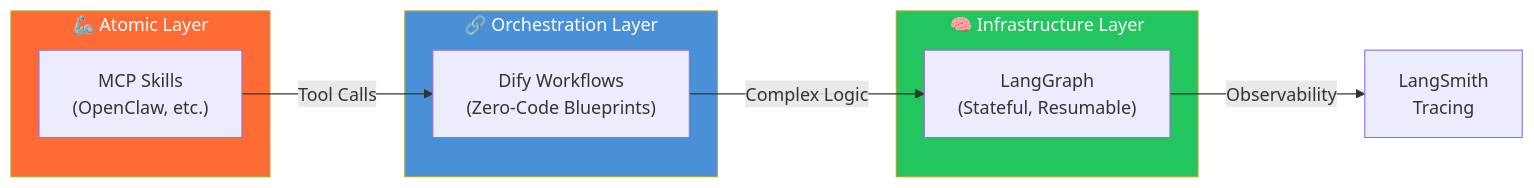
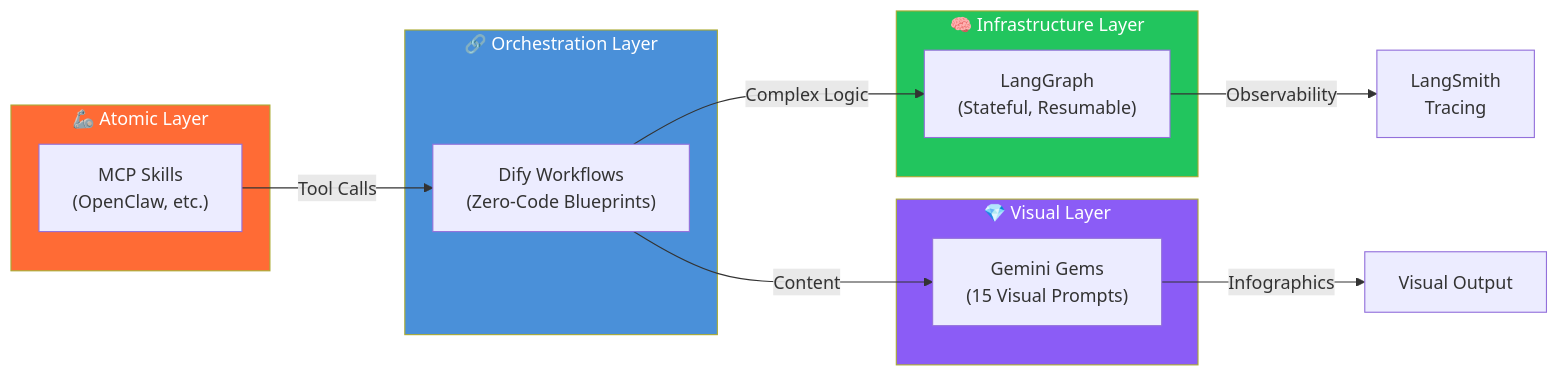
Before and after one commit to AIwork4me/AIwork4me: the diagram in README.md, drawn with Mermaid. The commit also changed other lines of this file, not shown here.

Commit message:
feat: add Awesome-Gemini-Visual-Gems to Production Matrix
Add new Visual Layer to the AIwork4me ecosystem:
- Add Visual Gems repository link to Production Matrix table
- Update Mermaid architecture diagram with Visual Layer
- Add Visual Gems to Quick Links section

The Visual Gems repository provides 15 battle-tested visual designer
prompts for Google Gemini, enabling text-to-infographic transformation.

````diff
--- a/README.md
+++ b/README.md
@@ -34,22 +35,29 @@
 ```mermaid
 flowchart LR
     subgraph Skills["🦾 Atomic Layer"]
         MCP["MCP Skills<br/>(OpenClaw, etc.)"]
     end
 
     subgraph Dify["🔗 Orchestration Layer"]
         Workflow["Dify Workflows<br/>(Zero-Code Blueprints)"]
     end
 
     subgraph LangChain["🧠 Infrastructure Layer"]
         Graph["LangGraph<br/>(Stateful, Resumable)"]
     end
 
+    subgraph Visual["💎 Visual Layer"]
+        Gems["Gemini Gems<br/>(15 Visual Prompts)"]
+    end
+
     MCP -->|"Tool Calls"| Workflow
     Workflow -->|"Complex Logic"| Graph
     Graph -->|"Observability"| LangSmith["LangSmith<br/>Tracing"]
+    Workflow -->|"Content"| Gems
+    Gems -->|"Infographics"| Output["Visual Output"]
 
     style Skills fill:#FF6B35,color:#fff
     style Dify fill:#4A90D9,color:#fff
     style LangChain fill:#22C55E,color:#fff
+    style Visual fill:#8B5CF6,color:#fff
 ```
````
